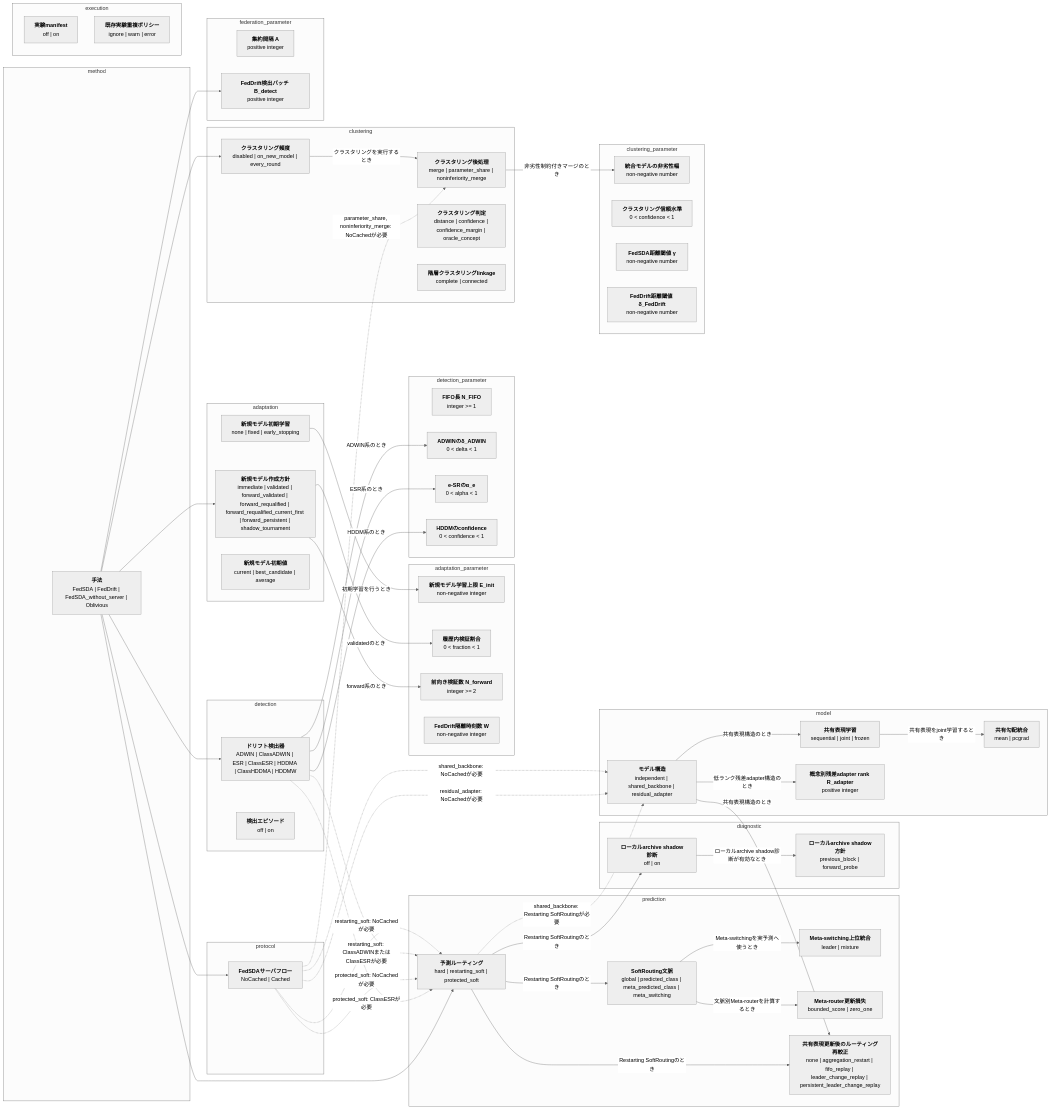
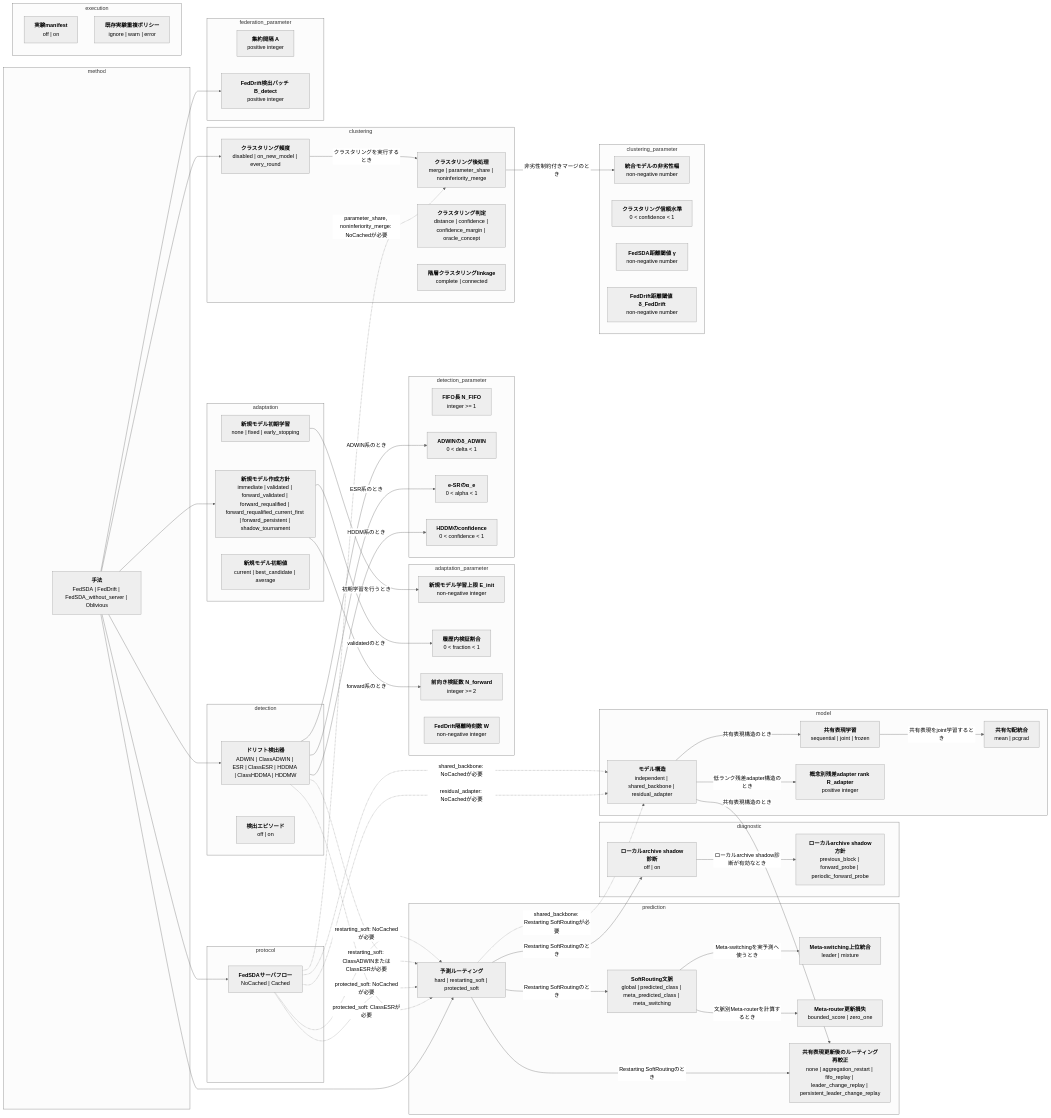
One commit to shimmen3141/FedSDA-experiment changed the first of 2 diagrams in docs/options.md. Above: the diagram before and after it, drawn with Mermaid (neutral theme). The commit also changed other lines of this file and 8 other files, not shown here.

Commit message:
Add periodic archive probe diagnostics

```diff
--- a/docs/options.md
+++ b/docs/options.md
@@ -36,7 +36,7 @@
   end
   subgraph group_diagnostic[diagnostic]
     routing_archive_shadow_diagnostics["<b>ローカルarchive shadow診断</b><br/>off | on"]
-    routing_archive_shadow_policy["<b>ローカルarchive shadow方針</b><br/>previous_block | forward_probe"]
+    routing_archive_shadow_policy["<b>ローカルarchive shadow方針</b><br/>previous_block | forward_probe | periodic_forward_probe"]
   end
   subgraph group_model[model]
     model_architecture["<b>モデル構造</b><br/>independent | shared_backbone | residual_adapter"]
```
